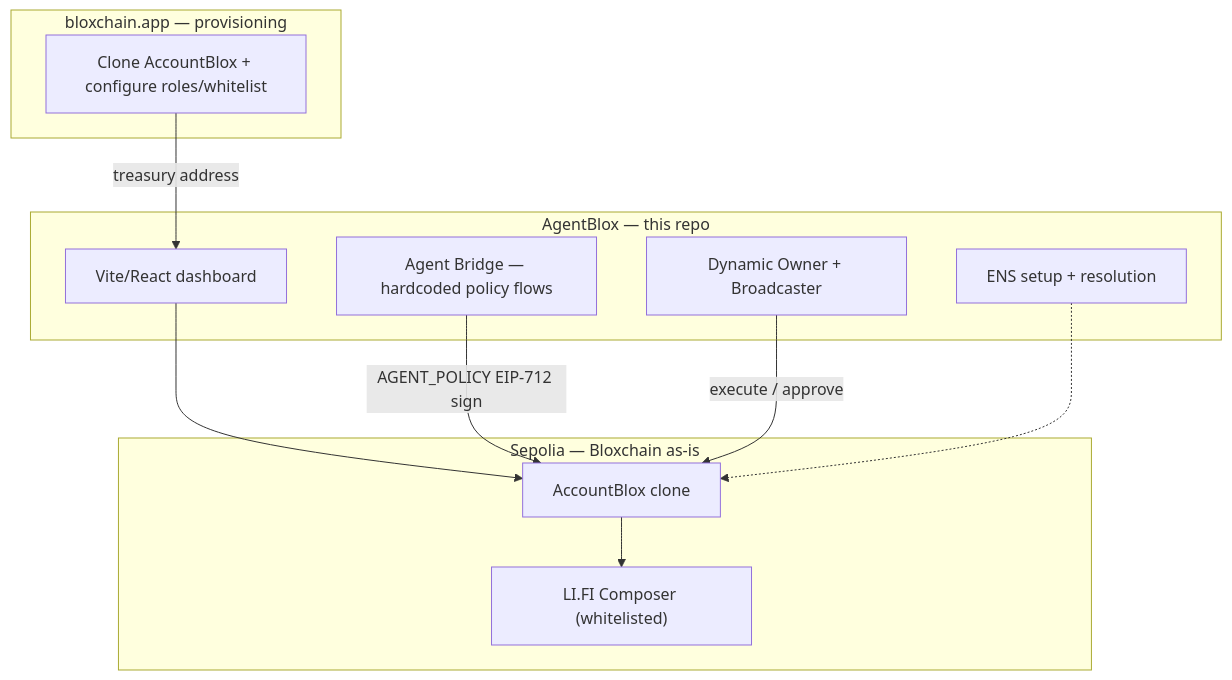
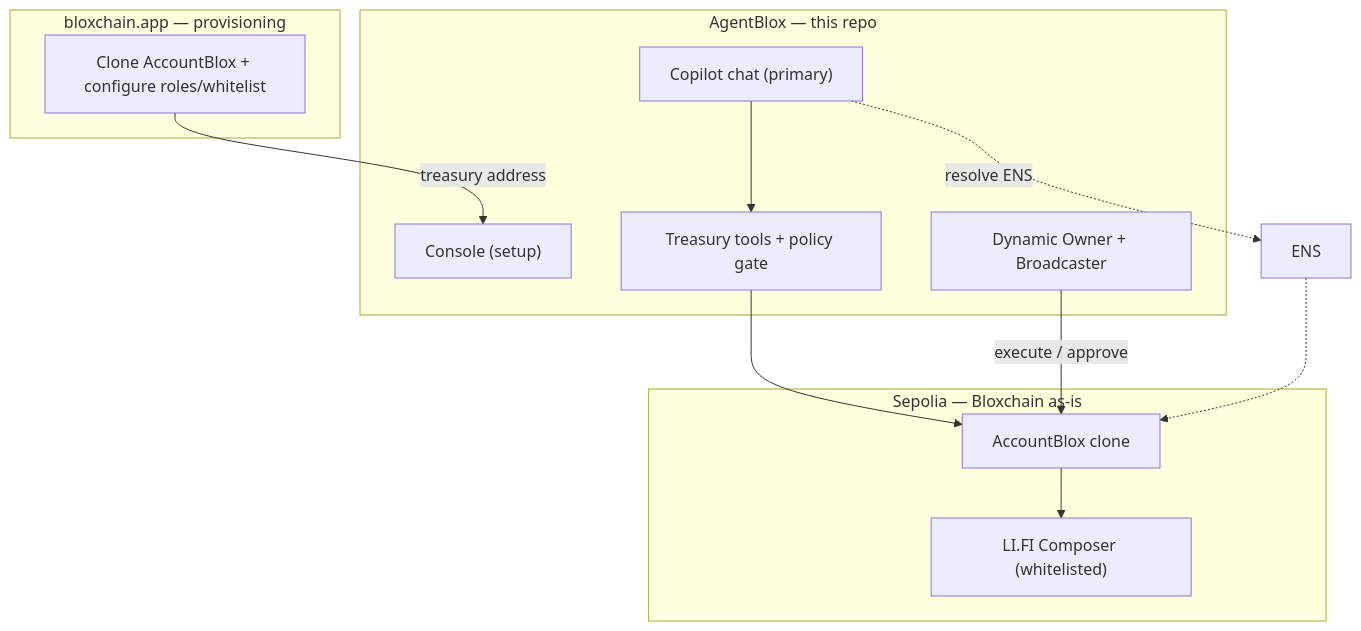
Before and after one commit to PracticalParticle/AgentBlox: the diagram in README.md, drawn with Mermaid. The commit also changed other lines of this file and 38 other files, not shown here.

First line of the commit message:
Project scaffold: Copilot UI, server & tools

````diff
--- a/README.md
+++ b/README.md
@@ -77,25 +89,26 @@
 ```mermaid
 flowchart TB
     subgraph Provision["bloxchain.app — provisioning"]
         Setup["Clone AccountBlox + configure roles/whitelist"]
     end
 
     subgraph AgentBlox["AgentBlox — this repo"]
-        UI["Vite/React dashboard"]
-        ENSBlock["ENS setup + resolution"]
+        Copilot["Copilot chat (primary)"]
+        Console["Console (setup)"]
+        Tools["Treasury tools + policy gate"]
         DynamicBlock["Dynamic Owner + Broadcaster"]
-        Bridge["Agent Bridge — hardcoded policy flows"]
     end
 
     subgraph Chain["Sepolia — Bloxchain as-is"]
         AB["AccountBlox clone"]
         LIFI["LI.FI Composer (whitelisted)"]
     end
 
-    Setup -->|"treasury address"| UI
-    UI --> AB
-    Bridge -->|"AGENT_POLICY EIP-712 sign"| AB
+    Setup -->|"treasury address"| Console
+    Copilot --> Tools
+    Tools --> AB
     DynamicBlock -->|"execute / approve"| AB
     AB --> LIFI
+    Copilot -.->|"resolve ENS"| ENSBlock["ENS"]
     ENSBlock -.-> AB
 ```
````
